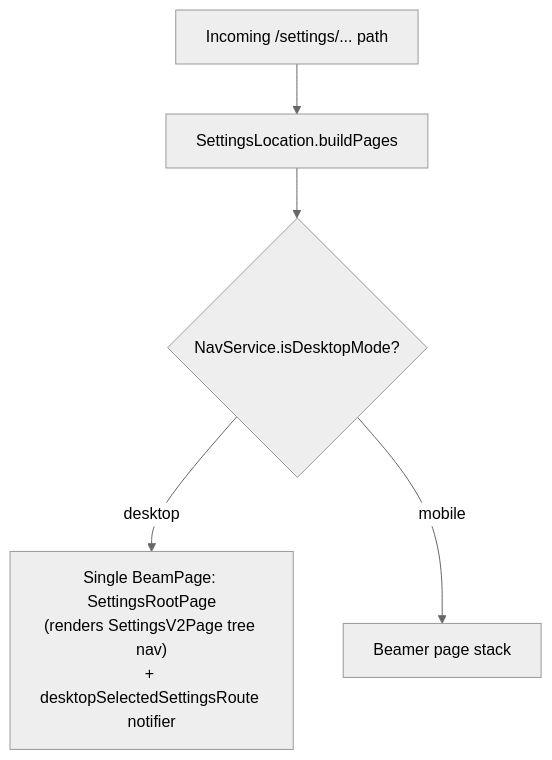
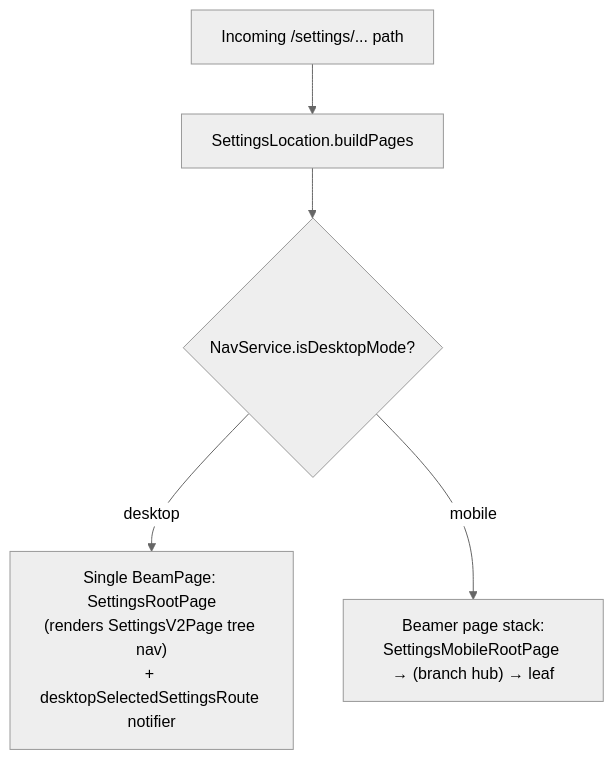
Before and after one commit to matthiasn/lotti: the first of 6 diagrams in lib/features/settings/README.md, drawn with Mermaid (neutral theme). The commit also changed other lines of this file and 9 other files, not shown here.

First line of the commit message:
feat(settings): restore mobile Health Import entry; docs + changelog

````diff
--- a/lib/features/settings/README.md
+++ b/lib/features/settings/README.md
@@ -103,7 +121,7 @@
 ```mermaid
 flowchart TD
   Route["Incoming /settings/... path"] --> Location["SettingsLocation.buildPages"]
   Location --> Fork{"NavService.isDesktopMode?"}
   Fork -->|desktop| Desktop["Single BeamPage: SettingsRootPage<br/>(renders SettingsV2Page tree nav)<br/>+ desktopSelectedSettingsRoute notifier"]
-  Fork -->|mobile| MobileStack["Beamer page stack"]
+  Fork -->|mobile| MobileStack["Beamer page stack:<br/>SettingsMobileRootPage → (branch hub) → leaf"]
 ```
````
